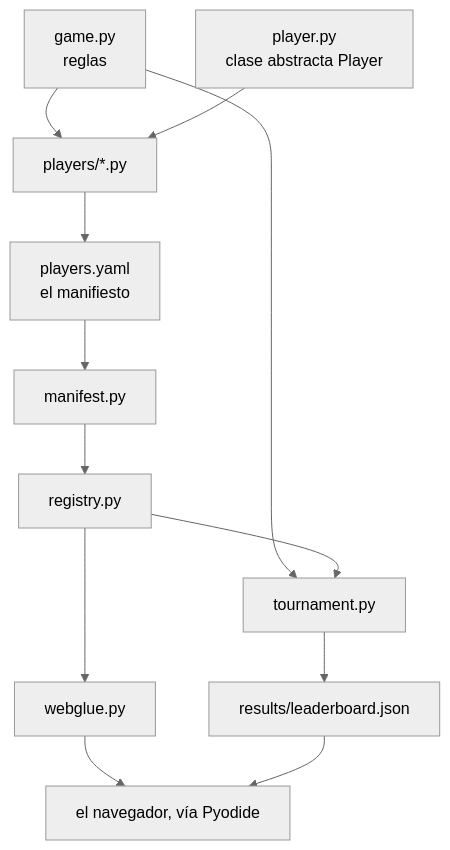
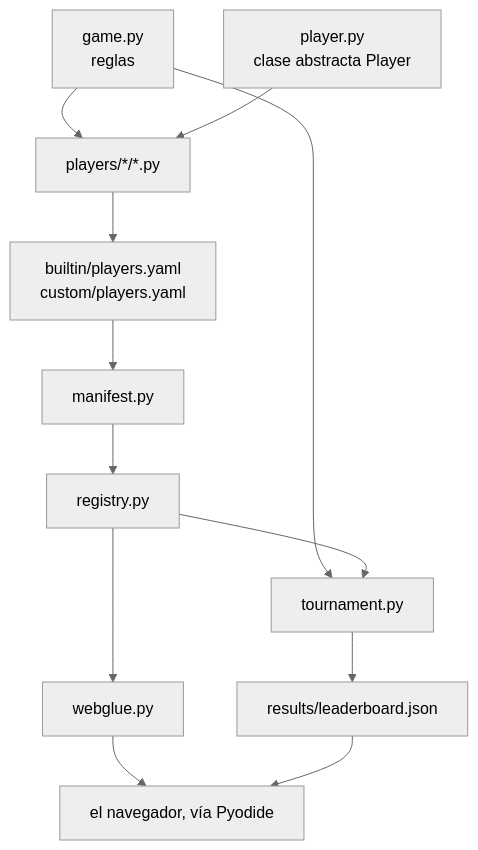
Before and after one commit to jparisu/nim-arena: the diagram in docs/arena/code-structure.es.md, drawn with Mermaid (neutral theme). The commit also changed other lines of this file and 43 other files, not shown here.

````diff
--- a/docs/arena/code-structure.es.md
+++ b/docs/arena/code-structure.es.md
@@ -49,14 +52,14 @@
 ```mermaid
 flowchart TB
-    game["game.py<br/>reglas"] --> players["players/*.py"]
+    game["game.py<br/>reglas"] --> players["players/*/*.py"]
     abc["player.py<br/>clase abstracta Player"] --> players
-    players --> manifest["players.yaml<br/>el manifiesto"]
+    players --> manifest["builtin/players.yaml<br/>custom/players.yaml"]
     manifest --> loader["manifest.py"]
     loader --> registry["registry.py"]
     game --> tournament["tournament.py"]
     registry --> tournament
     registry --> glue["webglue.py"]
     tournament --> json["results/leaderboard.json"]
     glue --> browser["el navegador, vía Pyodide"]
     json --> browser
 ```
````
